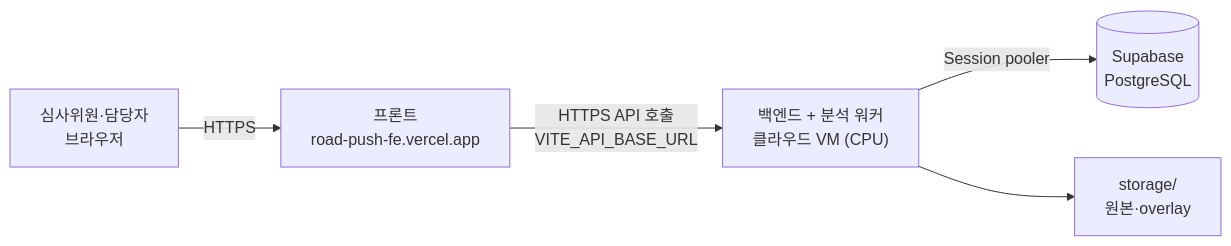
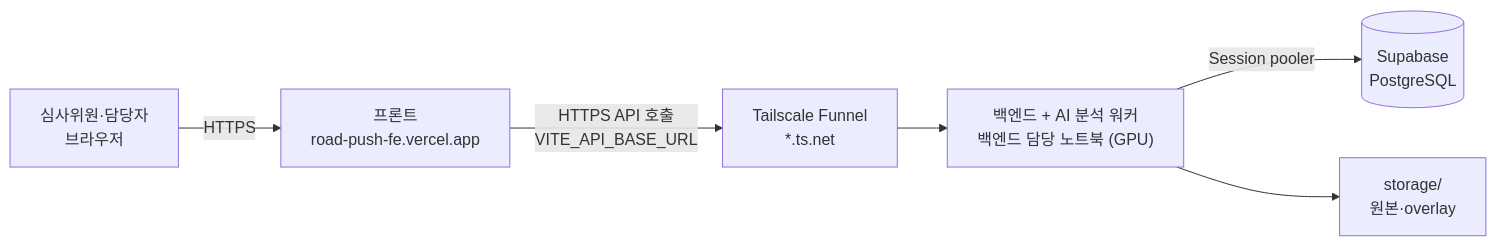
One commit to KingHaKyung/RoadPush_BE changed the fourth of 4 diagrams in docs/GUIDE.md. Above: the diagram before and after it, drawn with Mermaid. The commit also changed other lines of this file and 15 other files, not shown here.

First line of the commit message:
배포를 노트북 + Tailscale Funnel로 정리

````diff
--- a/docs/GUIDE.md
+++ b/docs/GUIDE.md
@@ -144,7 +144,8 @@
 ```mermaid
 flowchart LR
     U["심사위원·담당자<br/>브라우저"] -->|HTTPS| FE["프론트<br/>road-push-fe.vercel.app"]
-    FE -->|"HTTPS API 호출<br/>VITE_API_BASE_URL"| BE["백엔드 + 분석 워커<br/>클라우드 VM (CPU)"]
+    FE -->|"HTTPS API 호출<br/>VITE_API_BASE_URL"| TS["Tailscale Funnel<br/>*.ts.net"]
+    TS --> BE["백엔드 + AI 분석 워커<br/>백엔드 담당 노트북 (GPU)"]
     BE -->|"Session pooler"| DB[("Supabase<br/>PostgreSQL")]
     BE --> ST["storage/<br/>원본·overlay"]
 ```
````
